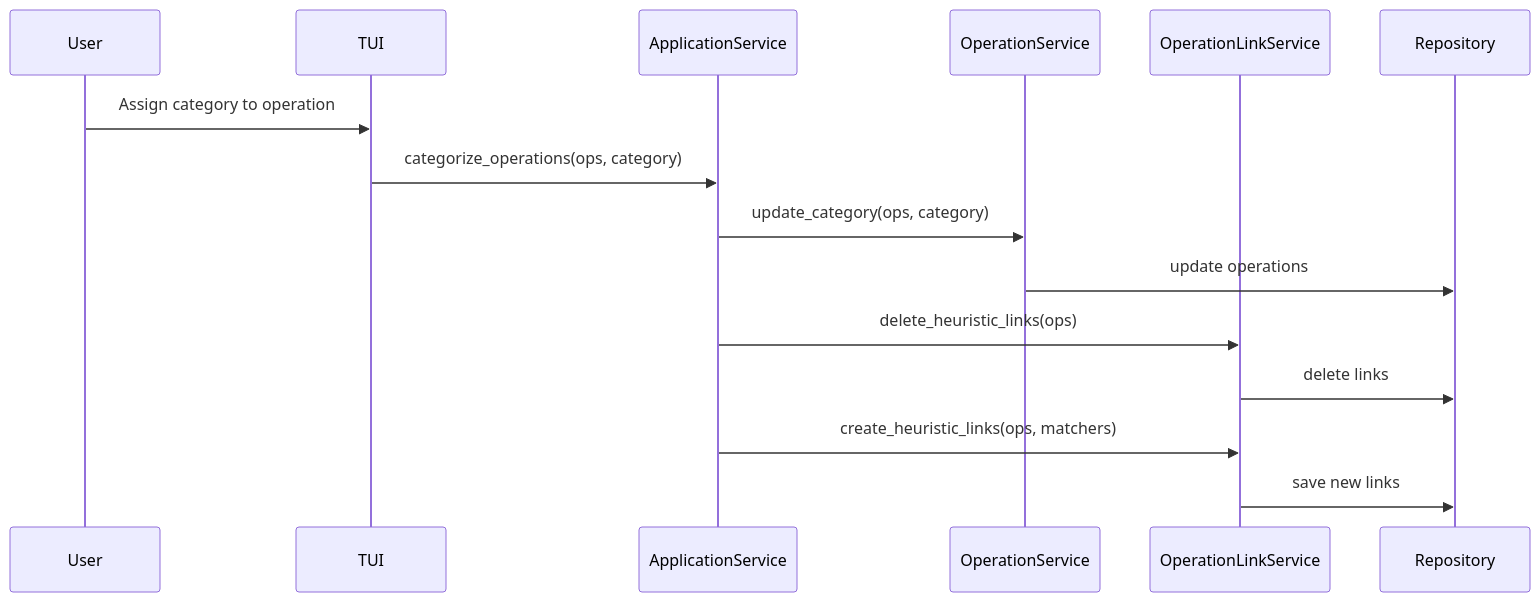
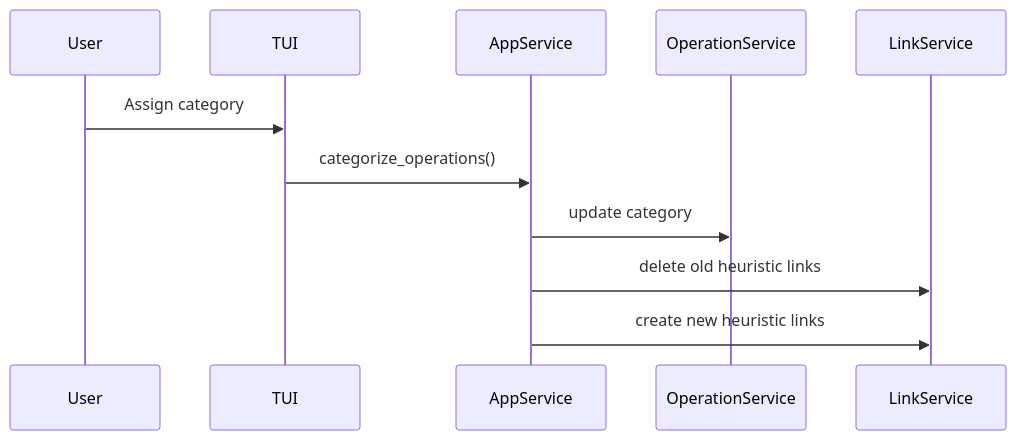
One commit to corentin-core/budget-forecaster changed the seventh of 7 diagrams in docs/dev/architecture.md. Above: the diagram before and after it, drawn with Mermaid. The commit also changed other lines of this file, not shown here.

First line of the commit message:
docs: update architecture documentation with complete module inventory

````diff
--- a/docs/dev/architecture.md
+++ b/docs/dev/architecture.md
@@ -332,18 +313,14 @@
 ```mermaid
 sequenceDiagram
     participant User
     participant TUI
-    participant AppService as ApplicationService
+    participant AppService
     participant OperationService
-    participant LinkService as OperationLinkService
-    participant Repository
+    participant LinkService
 
-    User->>TUI: Assign category to operation
-    TUI->>AppService: categorize_operations(ops, category)
-    AppService->>OperationService: update_category(ops, category)
-    OperationService->>Repository: update operations
-    AppService->>LinkService: delete_heuristic_links(ops)
-    LinkService->>Repository: delete links
-    AppService->>LinkService: create_heuristic_links(ops, matchers)
-    LinkService->>Repository: save new links
+    User->>TUI: Assign category
+    TUI->>AppService: categorize_operations()
+    AppService->>OperationService: update category
+    AppService->>LinkService: delete old heuristic links
+    AppService->>LinkService: create new heuristic links
 ```
````
